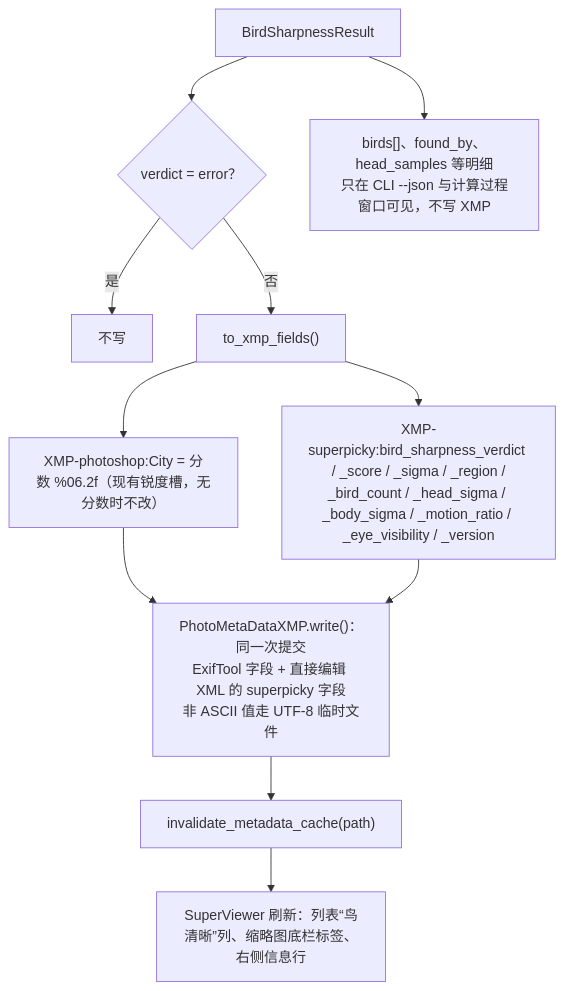
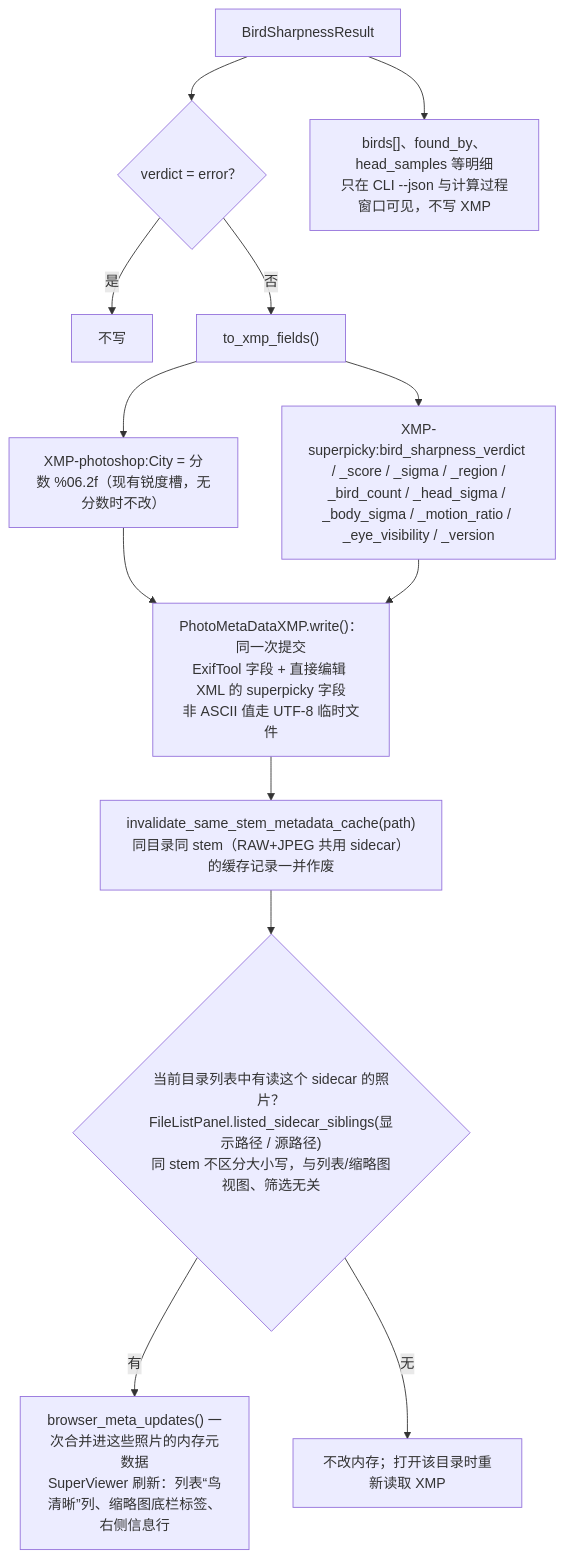
One commit to OscarKing888/SuperBirdTools changed diagram 18 of 18 in docs/bird_sharpness_flowchart.md. Above: the diagram before and after it, drawn with Mermaid. The commit also changed 5 other files, not shown here.

First line of the commit message:
fix(superviewer): sync clarity/burst results to memory in thumbnail view and for RAW+JPEG siblings

````diff
--- a/docs/bird_sharpness_flowchart.md
+++ b/docs/bird_sharpness_flowchart.md
@@ -507,13 +507,15 @@
 ```mermaid
 flowchart TD
     A["BirdSharpnessResult"] --> B{"verdict = error？"}
     B -->|是| Z["不写"]
     B -->|否| C["to_xmp_fields()"]
     C --> D["XMP-photoshop:City = 分数 %06.2f（现有锐度槽，无分数时不改）"]
     C --> E["XMP-superpicky:bird_sharpness_verdict / _score / _sigma / _region /<br/>_bird_count / _head_sigma / _body_sigma / _motion_ratio / _eye_visibility / _version"]
     D --> F["PhotoMetaDataXMP.write()：同一次提交<br/>ExifTool 字段 + 直接编辑 XML 的 superpicky 字段<br/>非 ASCII 值走 UTF-8 临时文件"]
     E --> F
-    F --> G["invalidate_metadata_cache(path)"]
-    G --> H["SuperViewer 刷新：列表“鸟清晰”列、缩略图底栏标签、右侧信息行"]
+    F --> G["invalidate_same_stem_metadata_cache(path)<br/>同目录同 stem（RAW+JPEG 共用 sidecar）的缓存记录一并作废"]
+    G --> L{"当前目录列表中有读这个 sidecar 的照片？<br/>FileListPanel.listed_sidecar_siblings(显示路径 / 源路径)<br/>同 stem 不区分大小写，与列表/缩略图视图、筛选无关"}
+    L -->|有| H["browser_meta_updates() 一次合并进这些照片的内存元数据<br/>SuperViewer 刷新：列表“鸟清晰”列、缩略图底栏标签、右侧信息行"]
+    L -->|无| M["不改内存；打开该目录时重新读取 XMP"]
     A --> I["birds[]、found_by、head_samples 等明细<br/>只在 CLI --json 与计算过程窗口可见，不写 XMP"]
 ```
````
